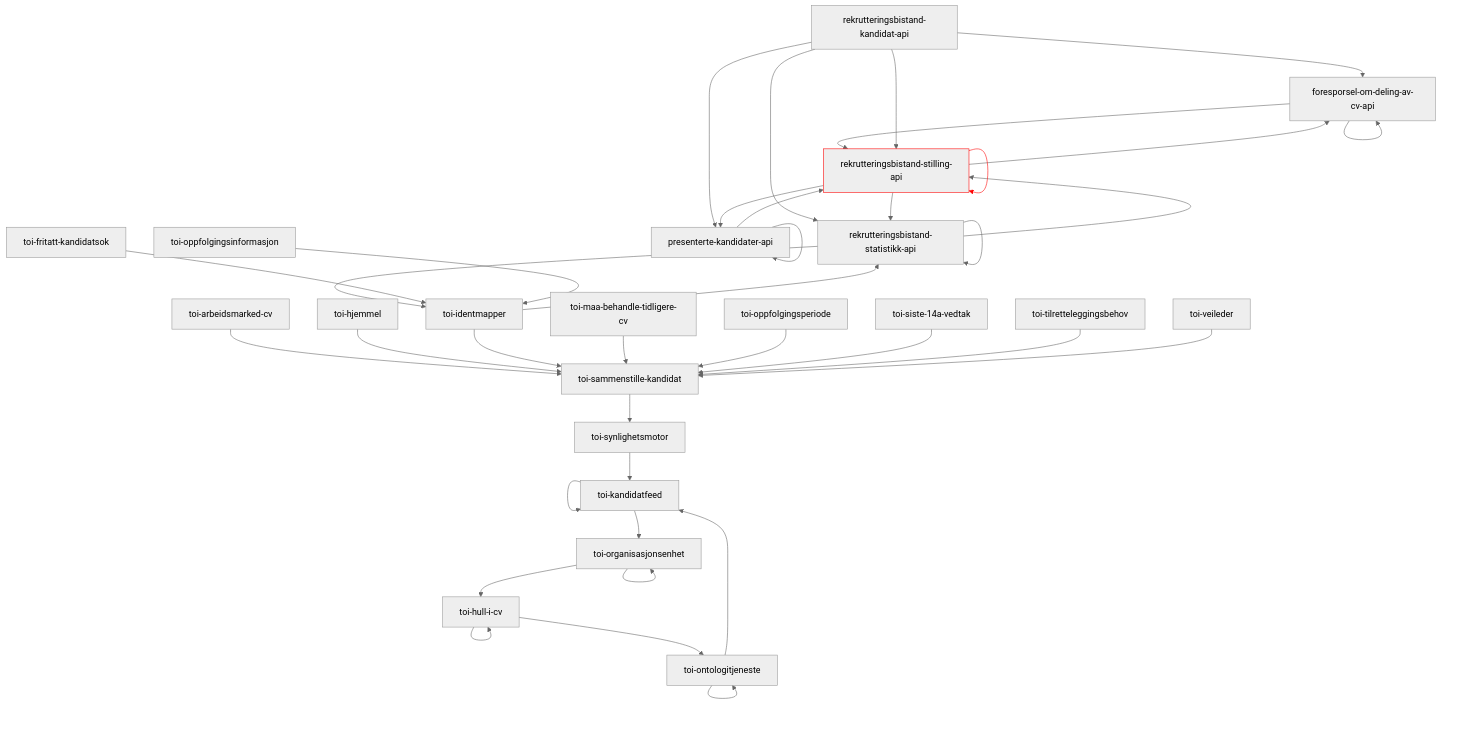
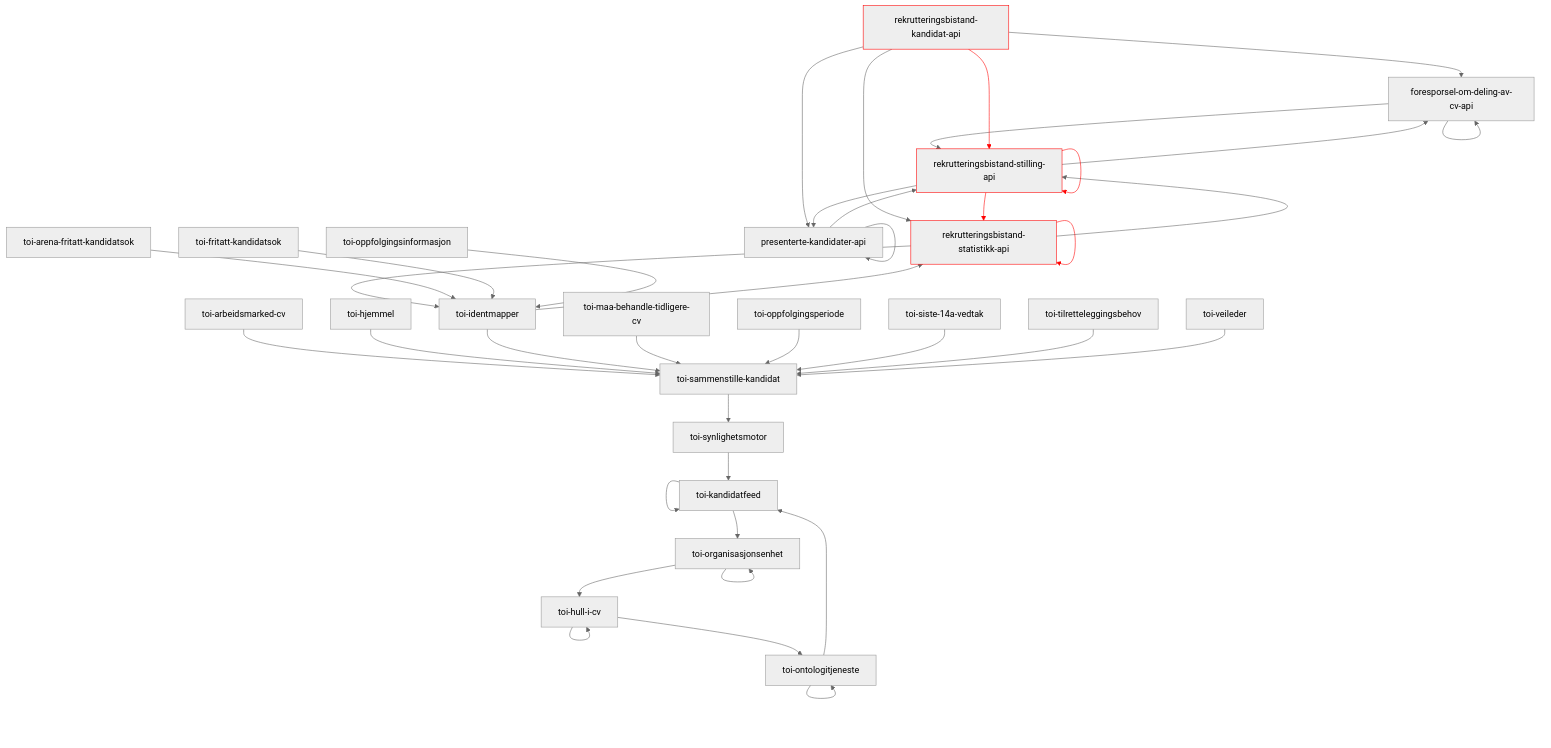
Before and after one commit to navikt/toi-rapids-and-rivers-grapher: the ninth of 24 diagrams in README.md, drawn with Mermaid (neutral theme). The commit also changed other lines of this file, not shown here.

````diff
--- a/README.md
+++ b/README.md
@@ -366,42 +376,43 @@
 ```mermaid
 graph TD;
 foresporsel-om-deling-av-cv-api --> foresporsel-om-deling-av-cv-api;
 foresporsel-om-deling-av-cv-api --> rekrutteringsbistand-stilling-api;
 presenterte-kandidater-api --> presenterte-kandidater-api;
 presenterte-kandidater-api --> rekrutteringsbistand-stilling-api;
 rekrutteringsbistand-kandidat-api --> foresporsel-om-deling-av-cv-api;
 rekrutteringsbistand-kandidat-api --> presenterte-kandidater-api;
 rekrutteringsbistand-kandidat-api --> rekrutteringsbistand-statistikk-api;
-rekrutteringsbistand-kandidat-api --> rekrutteringsbistand-stilling-api;
-rekrutteringsbistand-statistikk-api --> rekrutteringsbistand-statistikk-api;
+rekrutteringsbistand-kandidat-api:::x --> rekrutteringsbistand-stilling-api:::x;
+rekrutteringsbistand-statistikk-api:::x --> rekrutteringsbistand-statistikk-api:::x;
 rekrutteringsbistand-statistikk-api --> rekrutteringsbistand-stilling-api;
 rekrutteringsbistand-statistikk-api --> toi-identmapper;
 rekrutteringsbistand-stilling-api --> foresporsel-om-deling-av-cv-api;
 rekrutteringsbistand-stilling-api --> presenterte-kandidater-api;
-rekrutteringsbistand-stilling-api --> rekrutteringsbistand-statistikk-api;
+rekrutteringsbistand-stilling-api:::x --> rekrutteringsbistand-statistikk-api:::x;
 rekrutteringsbistand-stilling-api:::x --> rekrutteringsbistand-stilling-api:::x;
 toi-arbeidsmarked-cv --> toi-sammenstille-kandidat;
+toi-arena-fritatt-kandidatsok --> toi-identmapper;
 toi-fritatt-kandidatsok --> toi-identmapper;
 toi-hjemmel --> toi-sammenstille-kandidat;
 toi-hull-i-cv --> toi-hull-i-cv;
 toi-hull-i-cv --> toi-ontologitjeneste;
 toi-identmapper --> rekrutteringsbistand-statistikk-api;
 toi-identmapper --> toi-sammenstille-kandidat;
 toi-kandidatfeed --> toi-kandidatfeed;
 toi-kandidatfeed --> toi-organisasjonsenhet;
 toi-maa-behandle-tidligere-cv --> toi-sammenstille-kandidat;
 toi-ontologitjeneste --> toi-kandidatfeed;
 toi-ontologitjeneste --> toi-ontologitjeneste;
 toi-oppfolgingsinformasjon --> toi-identmapper;
 toi-oppfolgingsperiode --> toi-sammenstille-kandidat;
 toi-organisasjonsenhet --> toi-hull-i-cv;
 toi-organisasjonsenhet --> toi-organisasjonsenhet;
 toi-sammenstille-kandidat --> toi-synlighetsmotor;
 toi-siste-14a-vedtak --> toi-sammenstille-kandidat;
 toi-synlighetsmotor --> toi-kandidatfeed;
 toi-tilretteleggingsbehov --> toi-sammenstille-kandidat;
 toi-veileder --> toi-sammenstille-kandidat;
 
-linkStyle 14 stroke:red;
+linkStyle 7,8,13,14 stroke:red;
 classDef x stroke: red;
 ```
````
